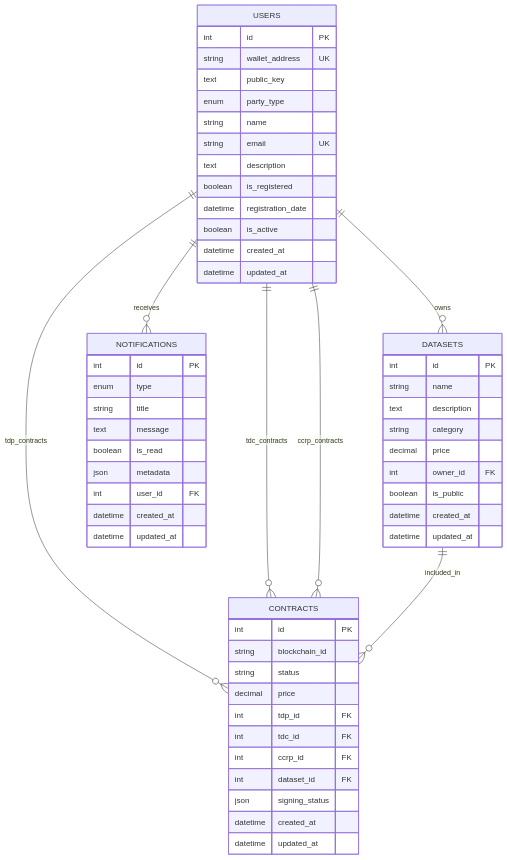
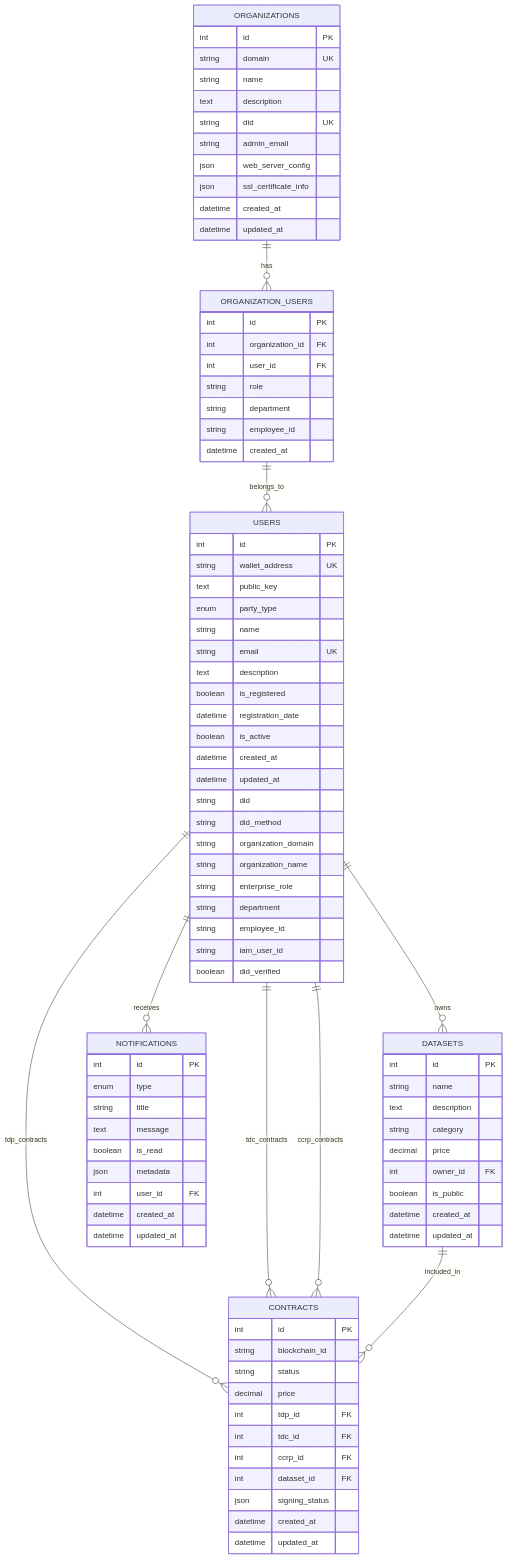
Before and after one commit to gitmujoshi/Confidential-AI-Network: diagram 20 of 25 in ARCHITECTURE_GUIDE.md, drawn with Mermaid. The commit also changed other lines of this file and 18 other files, not shown here.

Commit message:
docs: update all architecture and IAM docs for enterprise did:web strategy, add enterprise implementation guide

````diff
--- a/ARCHITECTURE_GUIDE.md
+++ b/ARCHITECTURE_GUIDE.md
@@ -597,6 +839,15 @@
         boolean is_active
         datetime created_at
         datetime updated_at
+        string did
+        string did_method
+        string organization_domain
+        string organization_name
+        string enterprise_role
+        string department
+        string employee_id
+        string iam_user_id
+        boolean did_verified
     }
     
     DATASETS {
@@ -638,9 +889,34 @@
     }
     
     USERS ||--o{ DATASETS : "owns"
+    ORGANIZATIONS {
+        int id PK
+        string domain UK
+        string name
+        text description
+        string did UK
+        string admin_email
+        json web_server_config
+        json ssl_certificate_info
+        datetime created_at
+        datetime updated_at
+    }
+    
+    ORGANIZATION_USERS {
+        int id PK
+        int organization_id FK
+        int user_id FK
+        string role
+        string department
+        string employee_id
+        datetime created_at
+    }
+    
     USERS ||--o{ CONTRACTS : "tdp_contracts"
     USERS ||--o{ CONTRACTS : "tdc_contracts"
     USERS ||--o{ CONTRACTS : "ccrp_contracts"
     USERS ||--o{ NOTIFICATIONS : "receives"
     DATASETS ||--o{ CONTRACTS : "included_in"
+    ORGANIZATIONS ||--o{ ORGANIZATION_USERS : "has"
+    ORGANIZATION_USERS ||--o{ USERS : "belongs_to"
 ```
````
